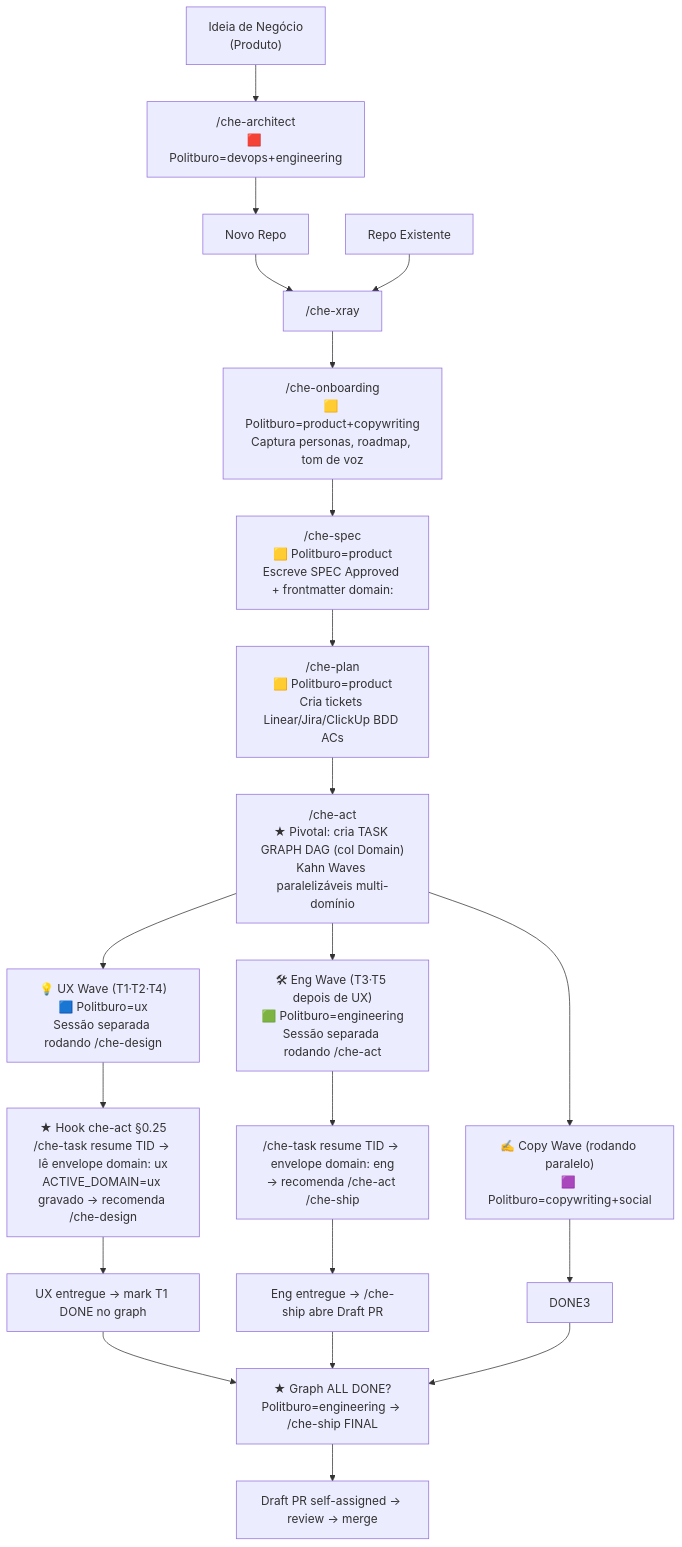
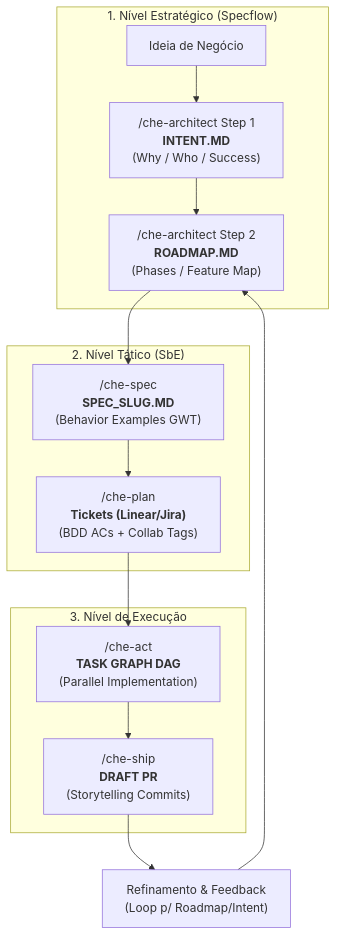
Before and after one commit to laionazeredo/che-ai: the second of 2 diagrams in README.md, drawn with Mermaid. The commit also changed other lines of this file and 7 other files, not shown here.

````diff
--- a/README.md
+++ b/README.md
@@ -152,26 +152,20 @@
 ```mermaid
 flowchart TD
-    IDEA["Ideia de Negócio<br/>(Produto)"] --> ARCH["/che-architect<br/>🟥 Politburo=devops+engineering"]
-    ARCH --> REPO["Novo Repo"] --> XRAY["/che-xray"]
-    EXISTING["Repo Existente"] --> XRAY
-    XRAY --> ONBOARD["/che-onboarding<br/>🟨 Politburo=product+copywriting<br/>Captura personas, roadmap, tom de voz"]
-    ONBOARD --> SPEC["/che-spec<br/>🟨 Politburo=product<br/>Escreve SPEC Approved + frontmatter domain:"]
-    SPEC --> PLAN["/che-plan<br/>🟨 Politburo=product<br/>Cria tickets Linear/Jira/ClickUp BDD ACs"]
-    PLAN --> ACT["/che-act<br/>★ Pivotal: cria TASK GRAPH DAG (col Domain)<br/>Kahn Waves paralelizáveis multi-domínio"]
+    subgraph STRATEGIC["1. Nível Estratégico (Specflow)"]
+        IDEA["Ideia de Negócio"] --> INTENT["/che-architect Step 1<br/><b>INTENT.MD</b><br/>(Why / Who / Success)"]
+        INTENT --> ROADMAP["/che-architect Step 2<br/><b>ROADMAP.MD</b><br/>(Phases / Feature Map)"]
+    end
 
-    ACT --> UX_WAVE["💡 UX Wave (T1·T2·T4)<br/>🟦 Politburo=ux<br/>Sessão separada rodando /che-design"]
-    ACT --> ENG_WAVE["🛠 Eng Wave (T3·T5 depois de UX)<br/>🟩 Politburo=engineering<br/>Sessão separada rodando /che-act"]
-    ACT --> COPY_WAVE["✍️ Copy Wave (rodando paralelo)<br/>🟪 Politburo=copywriting+social"]
+    subgraph TACTICAL["2. Nível Tático (SbE)"]
+        ROADMAP --> SPEC["/che-spec<br/><b>SPEC_SLUG.MD</b><br/>(Behavior Examples GWT)"]
+        SPEC --> PLAN["/che-plan<br/><b>Tickets (Linear/Jira)</b><br/>(BDD ACs + Collab Tags)"]
+    end
 
-    UX_WAVE --> ENVELOPE_HOOK["★ Hook che-act §0.25<br/>/che-task resume TID → lê envelope domain: ux<br/>ACTIVE_DOMAIN=ux gravado → recomenda /che-design"]
-    ENG_WAVE --> RESUME_HOOK["/che-task resume TID → envelope domain: eng<br/>→ recomenda /che-act /che-ship"]
+    subgraph EXECUTION["3. Nível de Execução"]
+        PLAN --> ACT["/che-act<br/><b>TASK GRAPH DAG</b><br/>(Parallel Implementation)"]
+        ACT --> SHIP["/che-ship<br/><b>DRAFT PR</b><br/>(Storytelling Commits)"]
+    end
 
-    ENVELOPE_HOOK --> DONE1["UX entregue → mark T1 DONE no graph"]
-    RESUME_HOOK --> DONE2["Eng entregue → /che-ship abre Draft PR"]
-    COPY_WAVE --> DONE3
-
-    DONE1 --> ALL_DONE["★ Graph ALL DONE?<br/>Politburo=engineering → /che-ship FINAL"]
-    DONE2 --> ALL_DONE
-    DONE3 --> ALL_DONE
-    ALL_DONE --> PR["Draft PR self-assigned → review → merge"]
+    SHIP --> REFINE["Refinamento & Feedback<br/>(Loop p/ Roadmap/Intent)"]
+    REFINE --> ROADMAP
 ```
````
